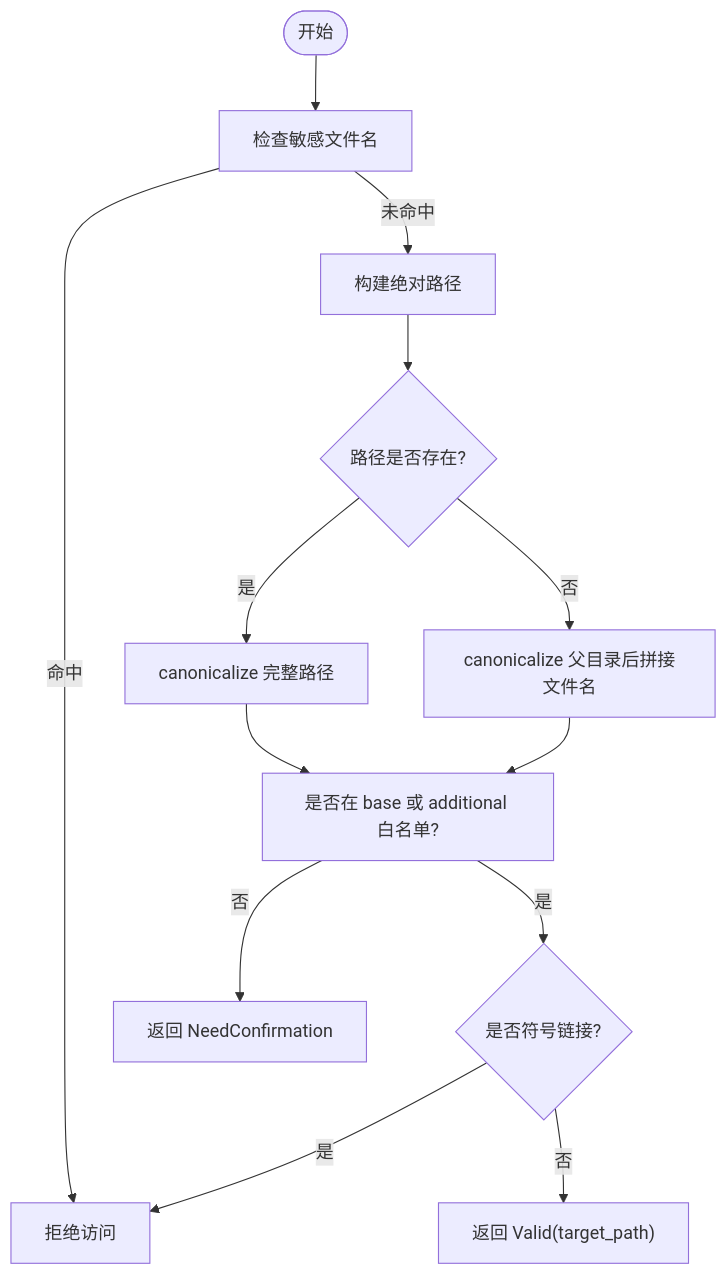
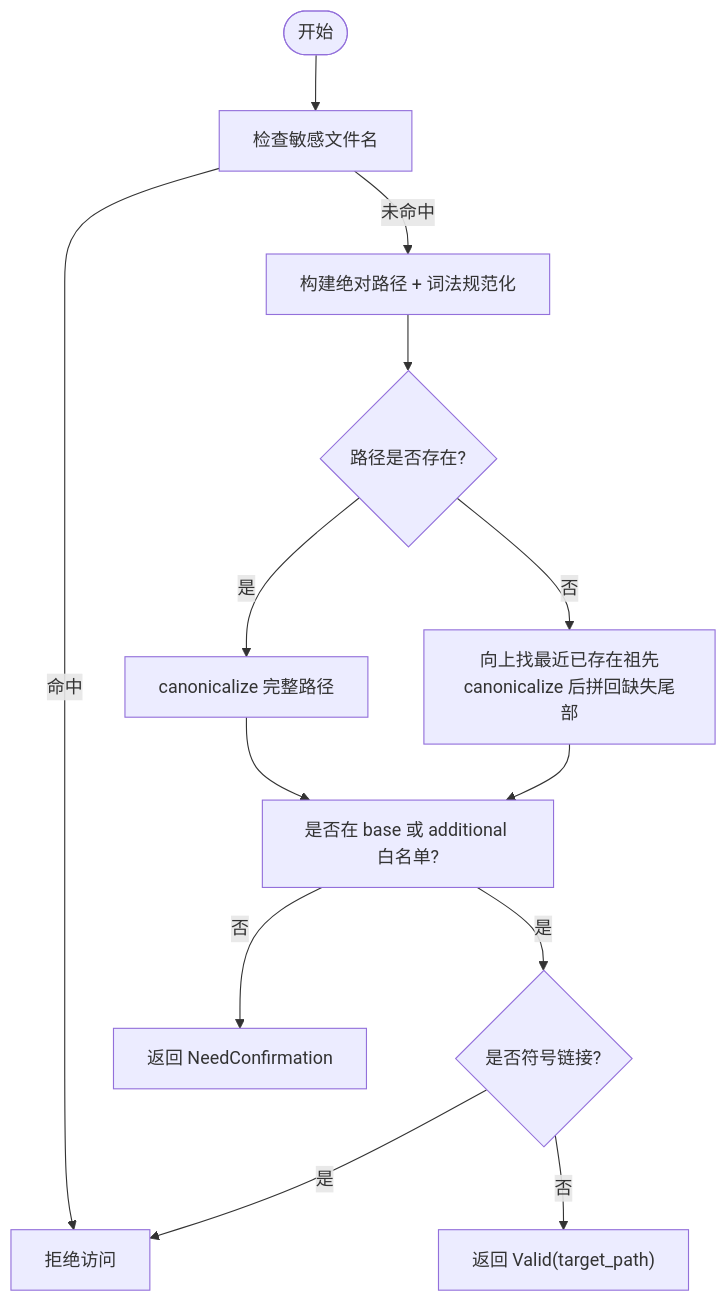
One commit to runningcoders/ai_orz changed the fourth of 5 diagrams in docs/wiki/zh/content/基础设施/工具注册表/内置工具系统/文件读取工具.md. Above: the diagram before and after it, drawn with Mermaid. The commit also changed other lines of this file and 7 other files, not shown here.

````diff
--- a/docs/wiki/zh/content/基础设施/工具注册表/内置工具系统/文件读取工具.md
+++ b/docs/wiki/zh/content/基础设施/工具注册表/内置工具系统/文件读取工具.md
@@ -191,15 +205,15 @@
 ```mermaid
 flowchart TD
 Start(["开始"]) --> CheckSensitive["检查敏感文件名"]
 CheckSensitive --> |命中| Deny["拒绝访问"]
-CheckSensitive --> |未命中| BuildAbs["构建绝对路径"]
+CheckSensitive --> |未命中| BuildAbs["构建绝对路径 + 词法规范化"]
 BuildAbs --> Canonicalize{"路径是否存在?"}
 Canonicalize --> |是| CanonPath["canonicalize 完整路径"]
-Canonicalize --> |否| CanonParent["canonicalize 父目录后拼接文件名"]
+Canonicalize --> |否| WalkUp["向上找最近已存在祖先<br/>canonicalize 后拼回缺失尾部"]
 CanonPath --> ScopeCheck["是否在 base 或 additional 白名单?"]
-CanonParent --> ScopeCheck
+WalkUp --> ScopeCheck
 ScopeCheck --> |否| NeedConfirm["返回 NeedConfirmation"]
 ScopeCheck --> |是| SymlinkCheck{"是否符号链接?"}
 SymlinkCheck --> |是| Deny
 SymlinkCheck --> |否| Valid["返回 Valid(target_path)"]
 ```
````
